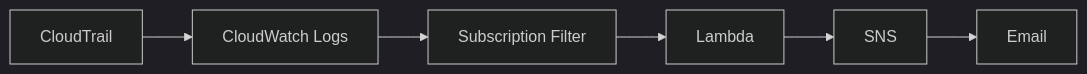
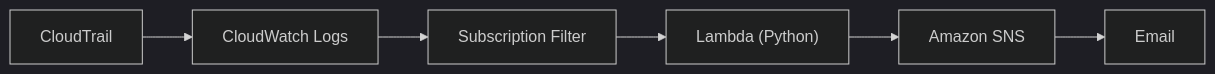
Before and after one commit to kfran127/aws-iam-privilege-escalation-detection: the diagram in README.md, drawn with Mermaid (dark theme). The commit also changed other lines of this file and 2 other files, not shown here.

````diff
--- a/README.md
+++ b/README.md
@@ -16,8 +21,8 @@
 ```mermaid
 flowchart LR
     CT["CloudTrail"] --> CW["CloudWatch Logs"]
     CW --> SF["Subscription Filter"]
-    SF --> LF["Lambda"]
-    LF --> SNS["SNS"]
+    SF --> LF["Lambda (Python)"]
+    LF --> SNS["Amazon SNS"]
     SNS --> EM["Email"]
 ```
````
